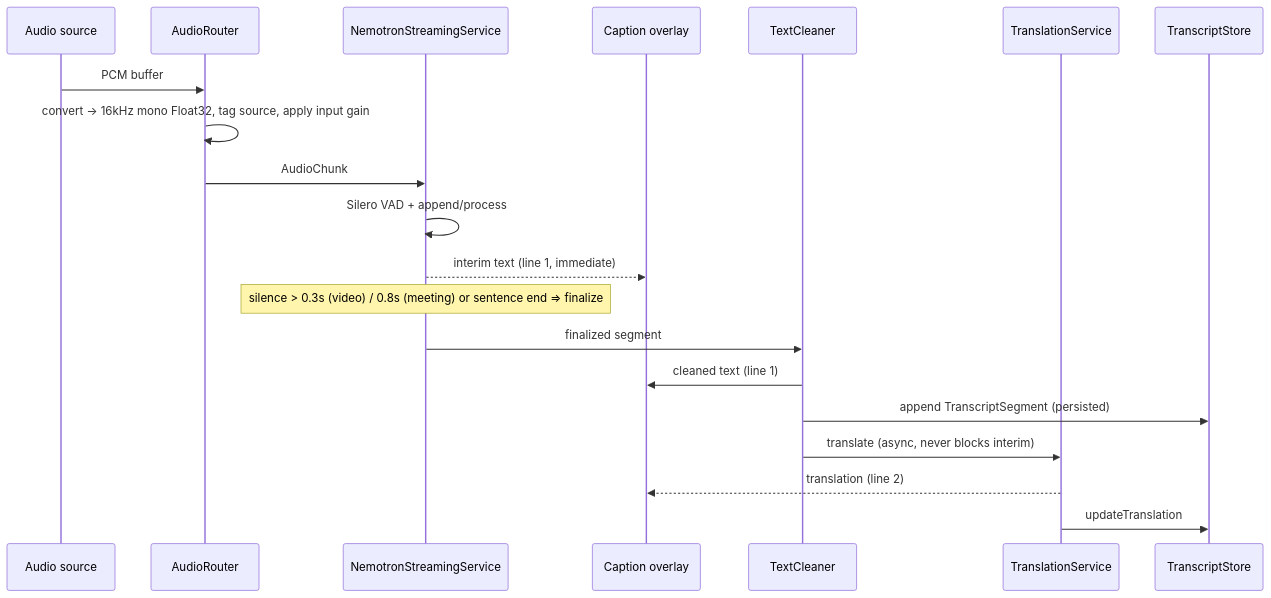
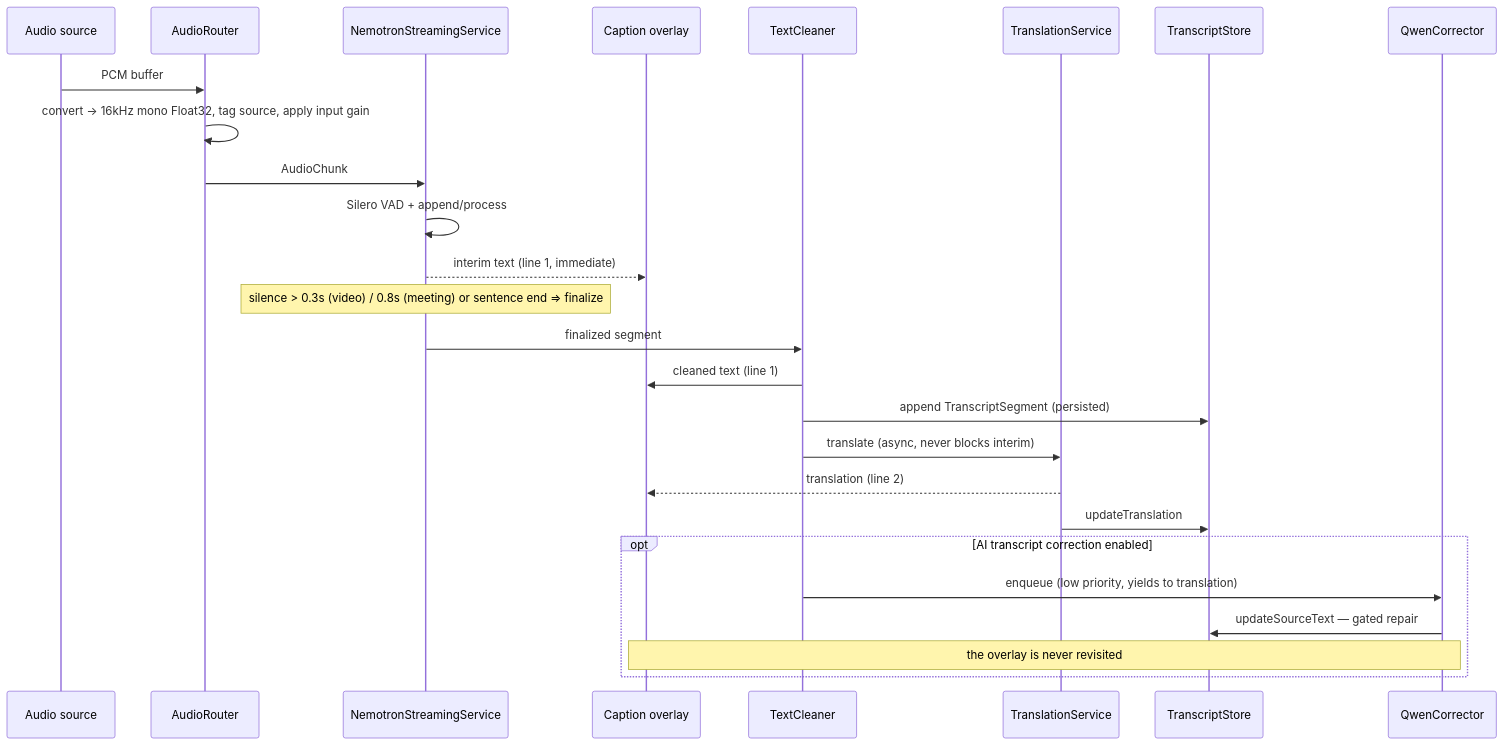
The second of 2 diagrams in README.md (huang422/EdgeAI-Flow-Translate), drawn with Mermaid before and after one commit. The commit also changed other lines of this file and 26 other files, not shown here.

````diff
--- a/README.md
+++ b/README.md
@@ -242,23 +247,29 @@
 ```mermaid
 sequenceDiagram
     participant A as Audio source
     participant R as AudioRouter
     participant S as NemotronStreamingService
     participant O as Caption overlay
     participant C as TextCleaner
     participant T as TranslationService
     participant D as TranscriptStore
+    participant G as QwenCorrector
 
     A->>R: PCM buffer
     R->>R: convert → 16kHz mono Float32, tag source, apply input gain
     R->>S: AudioChunk
     S->>S: Silero VAD + append/process
     S-->>O: interim text (line 1, immediate)
     Note over S: silence > 0.3s (video) / 0.8s (meeting) or sentence end ⇒ finalize
     S->>C: finalized segment
     C->>O: cleaned text (line 1)
     C->>D: append TranscriptSegment (persisted)
     C->>T: translate (async, never blocks interim)
     T-->>O: translation (line 2)
     T->>D: updateTranslation
+    opt AI transcript correction enabled
+        C->>G: enqueue (low priority, yields to translation)
+        G->>D: updateSourceText — gated repair
+        Note over O,G: the overlay is never revisited
+    end
 ```
````
